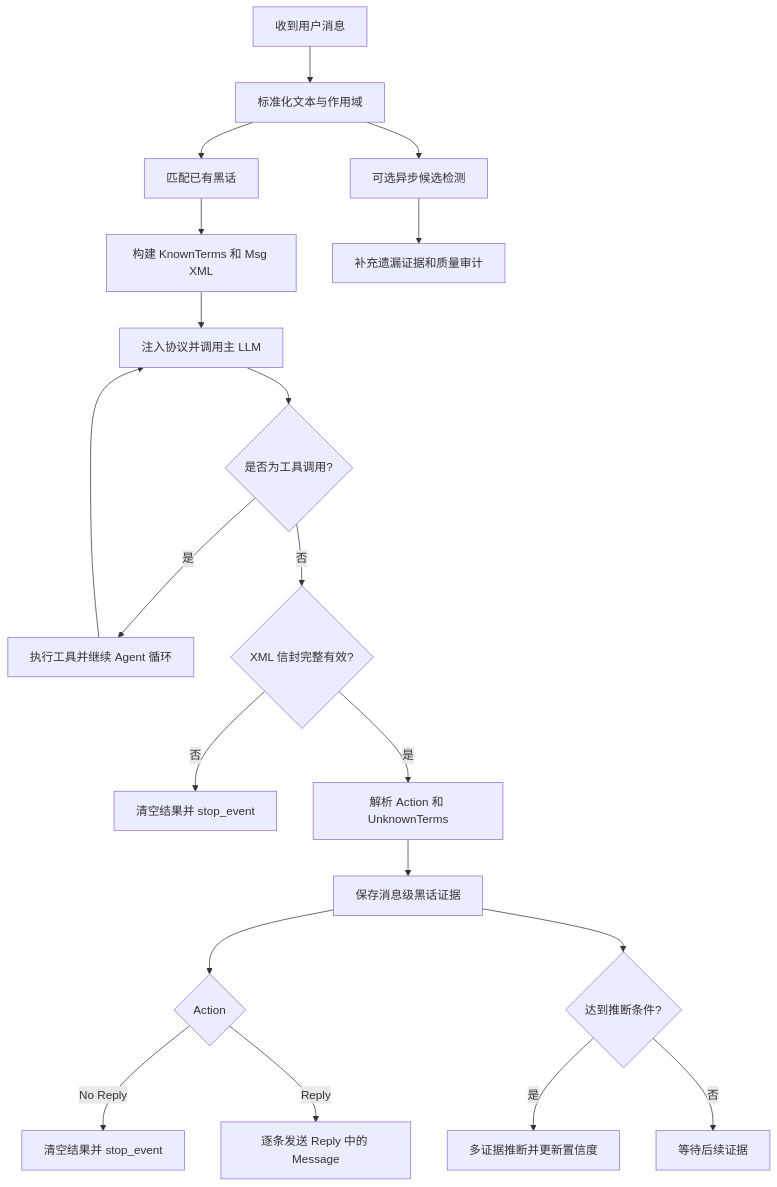
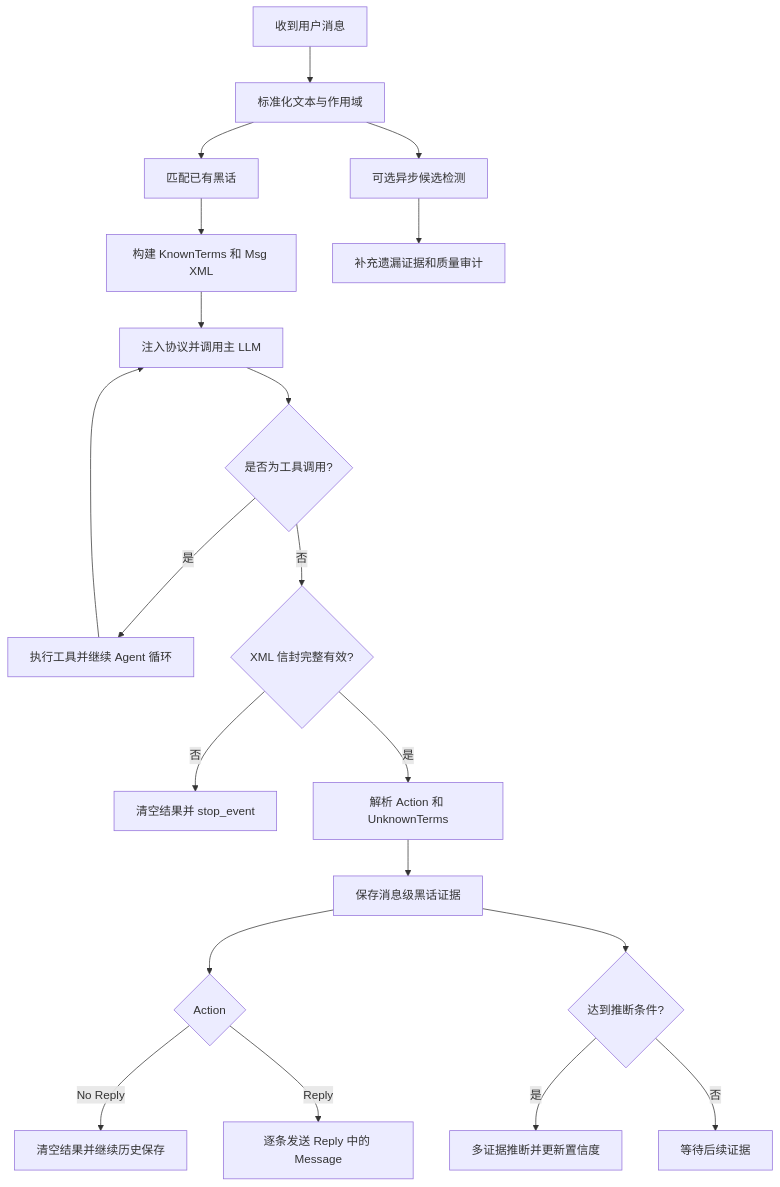
One commit to LovieCode/astrbot_plugin_humanize changed the diagram in PLAN.md. Above: the diagram before and after it, drawn with Mermaid. The commit also changed other lines of this file and 36 other files, not shown here.

````diff
--- a/PLAN.md
+++ b/PLAN.md
@@ -247,22 +247,22 @@
 ```mermaid
 flowchart TD
     A[收到用户消息] --> B[标准化文本与作用域]
     B --> C[匹配已有黑话]
     C --> D[构建 KnownTerms 和 Msg XML]
     D --> E[注入协议并调用主 LLM]
     E --> F{是否为工具调用?}
     F -- 是 --> G[执行工具并继续 Agent 循环]
     G --> E
     F -- 否 --> H{XML 信封完整有效?}
     H -- 否 --> I[清空结果并 stop_event]
     H -- 是 --> J[解析 Action 和 UnknownTerms]
     J --> K[保存消息级黑话证据]
     K --> L{Action}
-    L -- No Reply --> M[清空结果并 stop_event]
+    L -- No Reply --> M[清空结果并继续历史保存]
     L -- Reply --> N[逐条发送 Reply 中的 Message]
     B --> O[可选异步候选检测]
     O --> P[补充遗漏证据和质量审计]
     K --> Q{达到推断条件?}
     Q -- 是 --> R[多证据推断并更新置信度]
     Q -- 否 --> S[等待后续证据]
 ```
````
